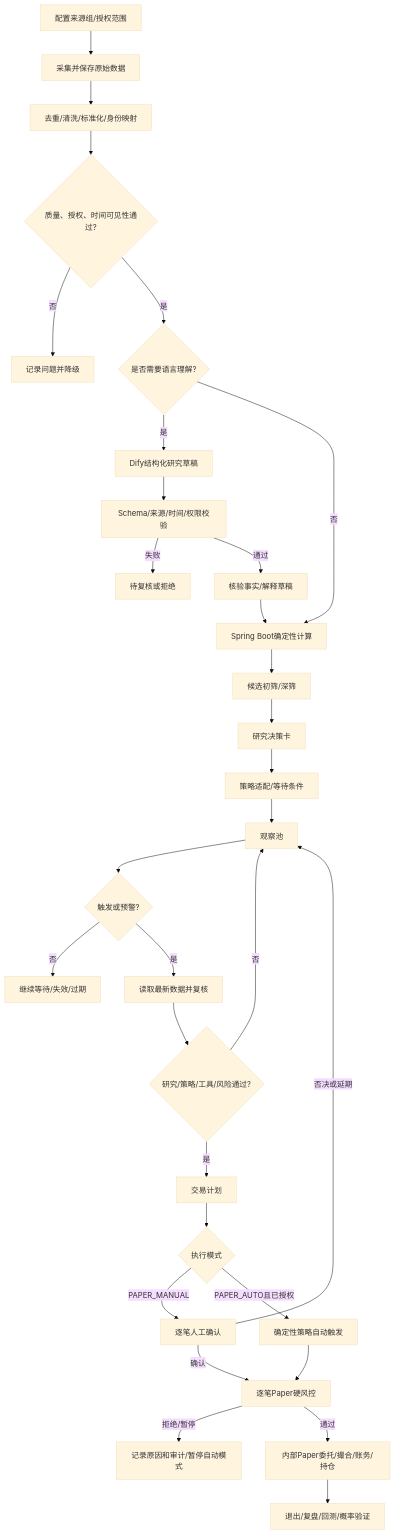
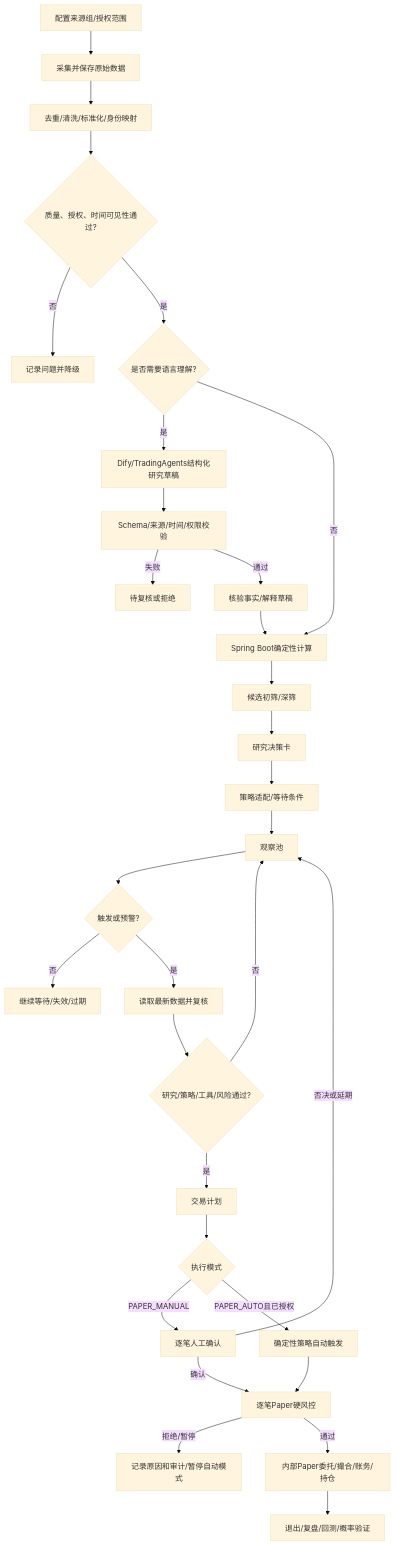
Before and after one commit to shaoqf2350/quant: the third of 13 diagrams in doc/详设文档/详设_0_整体流程文档.md, drawn with Mermaid (base theme). The commit also changed other lines of this file and 100 other files, not shown here.

````diff
--- a/doc/详设文档/详设_0_整体流程文档.md
+++ b/doc/详设文档/详设_0_整体流程文档.md
@@ -223,33 +239,33 @@
 ```mermaid
 flowchart TD
   A[配置来源组/授权范围]-->B[采集并保存原始数据]
   B-->C[去重/清洗/标准化/身份映射]
   C-->D{质量、授权、时间可见性通过?}
   D-->|否|E[记录问题并降级]
   D-->|是|F{是否需要语言理解?}
-  F-->|是|G[Dify结构化研究草稿]
+  F-->|是|G[Dify/TradingAgents结构化研究草稿]
   F-->|否|H[Spring Boot确定性计算]
   G-->I[Schema/来源/时间/权限校验]
   I-->|失败|J[待复核或拒绝]
   I-->|通过|K[核验事实/解释草稿]
   K-->H
   H-->L[候选初筛/深筛]
   L-->M[研究决策卡]
   M-->N[策略适配/等待条件]
   N-->O[观察池]
   O-->P{触发或预警?}
   P-->|否|Q[继续等待/失效/过期]
   P-->|是|R[读取最新数据并复核]
   R-->S{研究/策略/工具/风险通过?}
   S-->|否|O
   S-->|是|T[交易计划]
   T-->U{执行模式}
   U-->|PAPER_MANUAL|V[逐笔人工确认]
   U-->|PAPER_AUTO且已授权|AA[确定性策略自动触发]
   V-->|否决或延期|O
   V-->|确认|Z[逐笔Paper硬风控]
   AA-->Z
   Z-->|拒绝/暂停|W[记录原因和审计/暂停自动模式]
   Z-->|通过|X[内部Paper委托/撮合/账务/持仓]
   X-->AB[退出/复盘/回测/概率验证]
 ```
````
